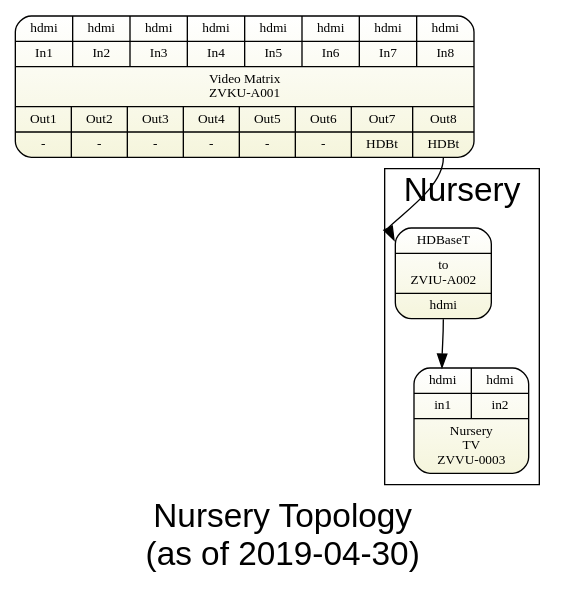
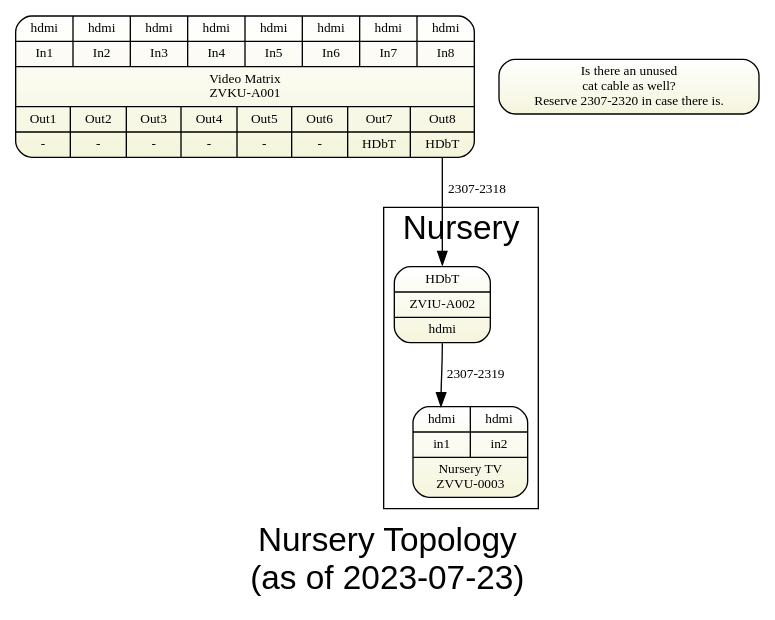
Before and after one commit to avmaint/uactechdoc: the diagram in sdv-topology4-nursery.gv, drawn with Graphviz. The commit also changed 10 other files, not shown here.

```diff
--- a/sdv-topology4-nursery.gv
+++ b/sdv-topology4-nursery.gv
@@ -1,26 +1,28 @@
 digraph nursery { 
 graph [overlap = true, fontsize = 25, rankdir=TB
-      label="Nursery Topology\n(as of 2019-04-30)",
+      label="Nursery Topology\n(as of 2023-07-23)",
       fontname = Helvetica]
  
 node [shape=Mrecord, style=filled , fillcolor="white:beige" ,fontsize = 10, 
       gradientangle=270]
   
 pswitch [label="{
   {{<i1>hdmi|In1}|{<i2>hdmi|In2}|{<i3>hdmi|In3}|{<i4>hdmi|In4}|
   {<i5>hdmi|In5}|{<i6>hdmi|In6}|{<i7>hdmi|In7}|{<i8>hdmi|In8}}
   |{Video Matrix\nZVKU-A001}|
   {{<o1>Out1|-}|{Out2|-}|{Out3|-}|{Out4|-}|
-  {Out5|-}|{Out6|-}|{Out7|<o7>HDBt}|{Out8|<o8>HDBt}}  
+  {Out5|-}|{Out6|-}|{Out7|<o7>HDbT}|{Out8|<o8>HDbT}}  
   }"]  
   
 node [  tooltip="" ]
 
+"Is there an unused\ncat cable as well?\nReserve 2307-2320 in case there is."
+
 subgraph cluster_lobby { label="Nursery" 
-  c62hdmi1   [label="{<i>HDBaseT| to\nZVIU-A002|<o>hdmi}", tooltip="In nursery"]
-  nurserytv  [label="{ {{<i1>hdmi|in1} | {<i2>hdmi|in2}}|Nursery\nTV\nZVVU-0003}"]
+  c62hdmi1   [label="{<i>HDbT|ZVIU-A002|<o>hdmi}", tooltip="In nursery"]
+  nurserytv  [label="{ {{<i1>hdmi|in1} | {<i2>hdmi|in2}}|Nursery TV\nZVVU-0003}"]
 }
 
-pswitch:o8 -> c62hdmi1:i
-c62hdmi1:o -> nurserytv:i1
+pswitch:o8 -> c62hdmi1:i [label="2307-2318" fontsize=10  ]
+c62hdmi1:o -> nurserytv:i1 [label="2307-2319" fontsize=10  ]
 }
```
